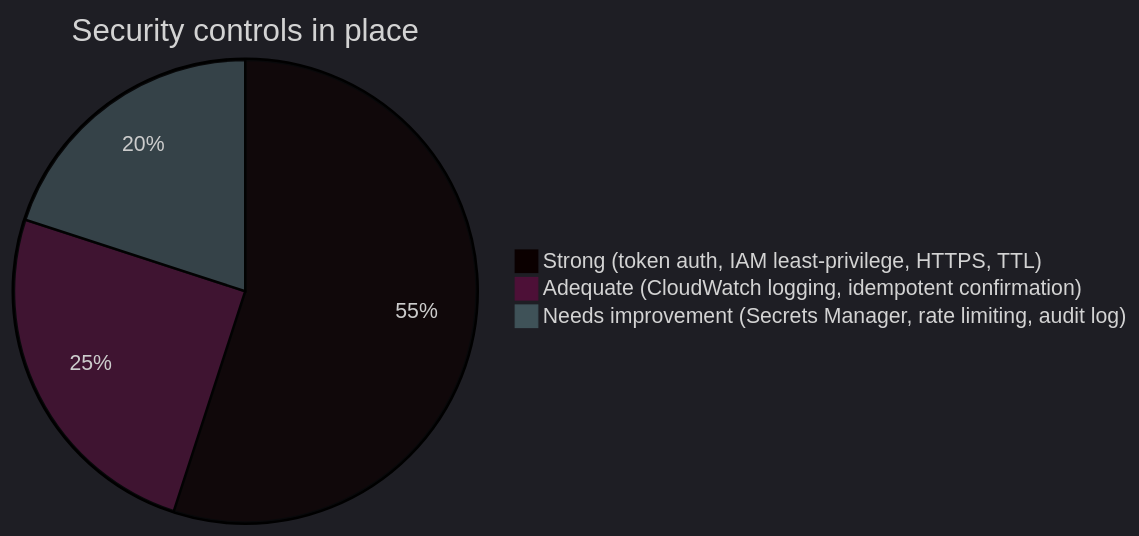
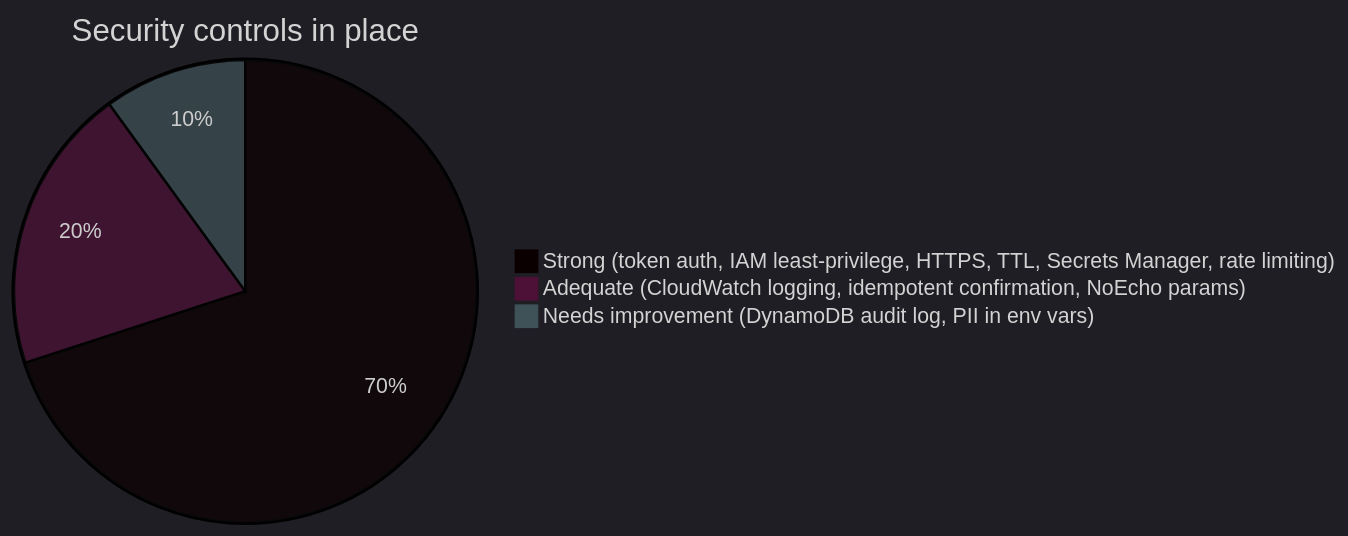
Before and after one commit to baldrickuk/washingmachine-notifications: the sixth of 6 diagrams in docs/threat-model.md, drawn with Mermaid. The commit also changed other lines of this file and 1 other file, not shown here.

First line of the commit message:
Update architecture and threat model docs

````diff
--- a/docs/threat-model.md
+++ b/docs/threat-model.md
@@ -251,8 +283,8 @@
 ```mermaid
 %%{init: {'theme': 'dark', 'themeVariables': {'primaryColor': '#1e3a5f', 'primaryTextColor': '#c9d1d9', 'primaryBorderColor': '#4a7ab5', 'lineColor': '#58a6ff'}}}%%
 
 pie title Security controls in place
-    "Strong (token auth, IAM least-privilege, HTTPS, TTL)" : 55
-    "Adequate (CloudWatch logging, idempotent confirmation)" : 25
-    "Needs improvement (Secrets Manager, rate limiting, audit log)" : 20
+    "Strong (token auth, IAM least-privilege, HTTPS, TTL, Secrets Manager, rate limiting)" : 70
+    "Adequate (CloudWatch logging, idempotent confirmation, NoEcho params)" : 20
+    "Needs improvement (DynamoDB audit log, PII in env vars)" : 10
 ```
````
